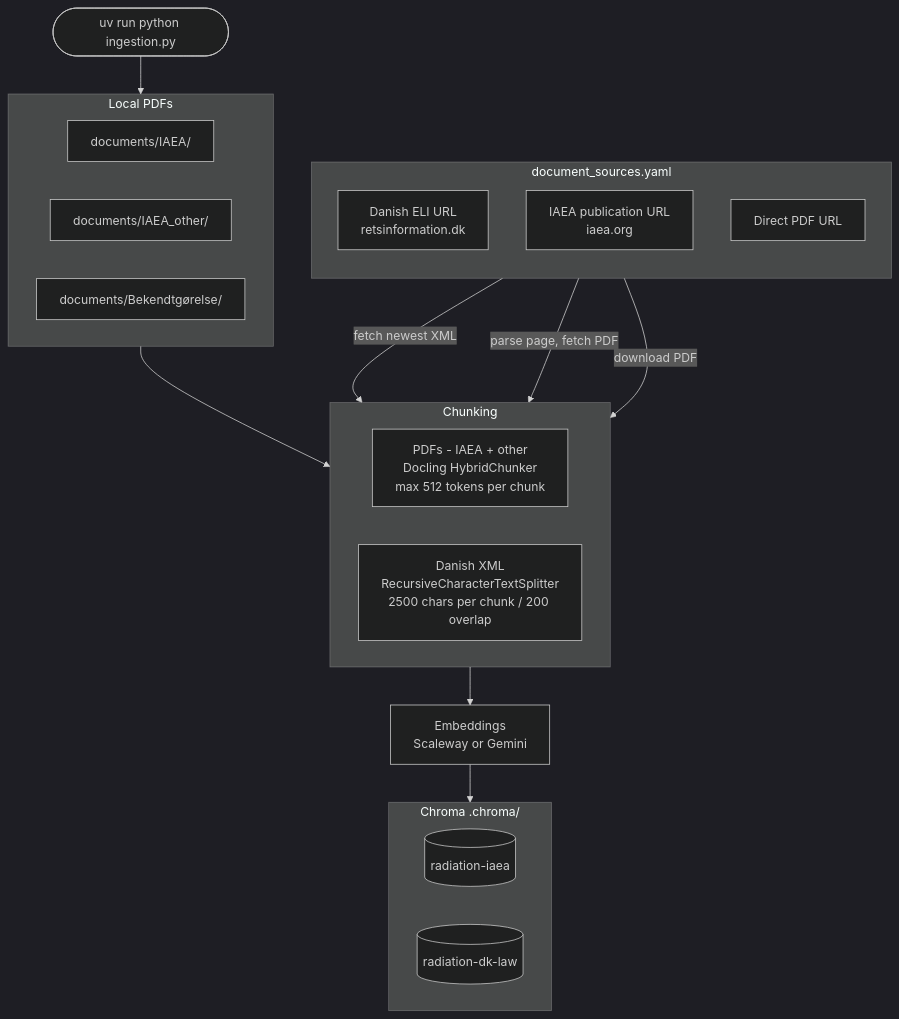
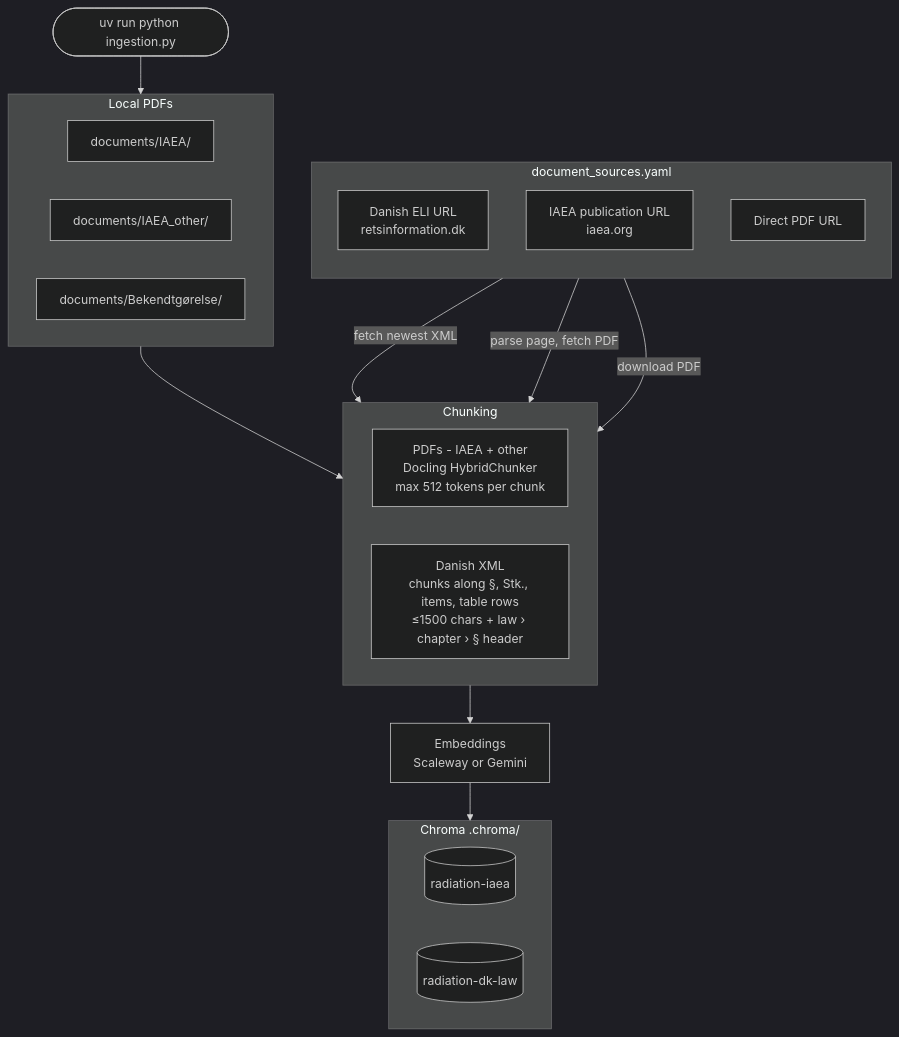
Before and after one commit to eikrad/Radiationsafety: the third of 6 diagrams in docs/architecture.md, drawn with Mermaid (dark theme). The commit also changed 9 other files, not shown here.

First line of the commit message:
feat(ingestion): chunk Danish law along its paragraphs, items and annex rows

````diff
--- a/docs/architecture.md
+++ b/docs/architecture.md
@@ -153,37 +153,37 @@
 ```mermaid
 flowchart TD
     START([uv run python ingestion.py]) --> LOCAL
 
     subgraph LOCAL [Local PDFs]
         direction LR
         IAEA[documents/IAEA/]
         OTHER[documents/IAEA_other/]
         DK[documents/Bekendtgørelse/]
     end
 
     subgraph REGISTRY [document_sources.yaml]
         direction TB
         DKURL[Danish ELI URL\nretsinformation.dk]
         IAEAURL[IAEA publication URL\niaea.org]
         DIRECT[Direct PDF URL]
     end
 
     LOCAL --> CHUNK
     DKURL -->|fetch newest XML| CHUNK
     IAEAURL -->|parse page, fetch PDF| CHUNK
     DIRECT -->|download PDF| CHUNK
 
     subgraph CHUNK [Chunking]
         direction LR
         C1[PDFs - IAEA + other\nDocling HybridChunker\nmax 512 tokens per chunk]
-        C2[Danish XML\nRecursiveCharacterTextSplitter\n2500 chars per chunk / 200 overlap]
+        C2[Danish XML\nchunks along §, Stk., items, table rows\n≤1500 chars + law › chapter › § header]
     end
 
     CHUNK --> EMBED[Embeddings\nScaleway or Gemini]
     EMBED --> CHROMA
 
     subgraph CHROMA [Chroma .chroma/]
         COL1[(radiation-iaea)]
         COL2[(radiation-dk-law)]
     end
 ```
````
